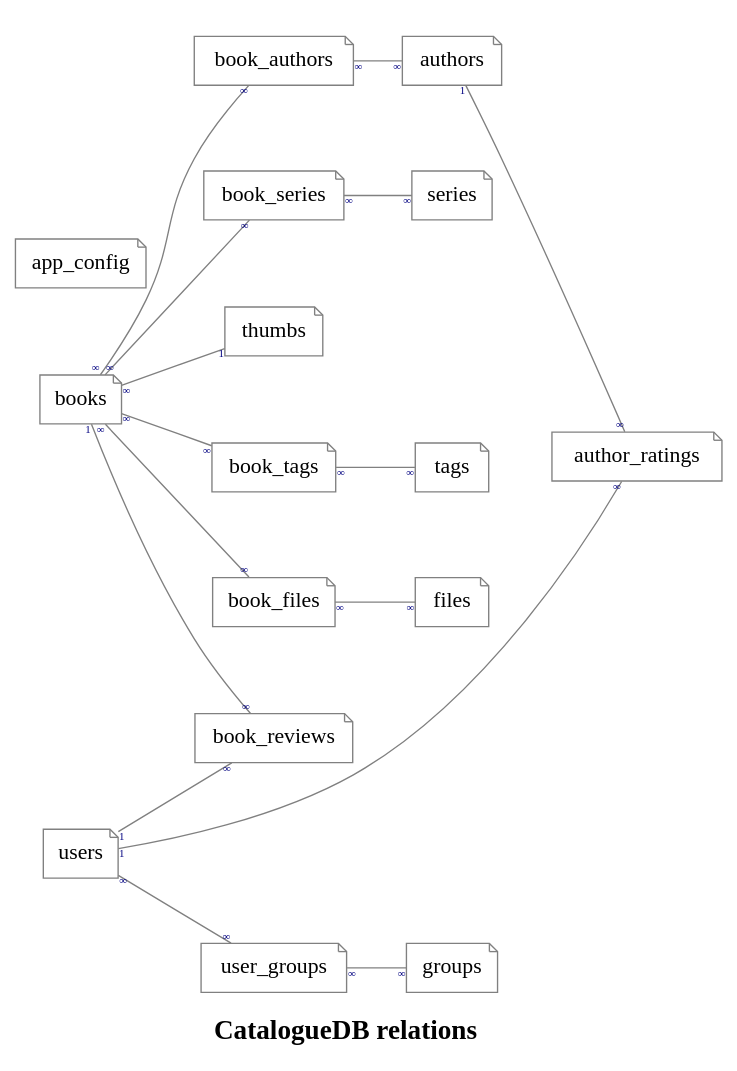
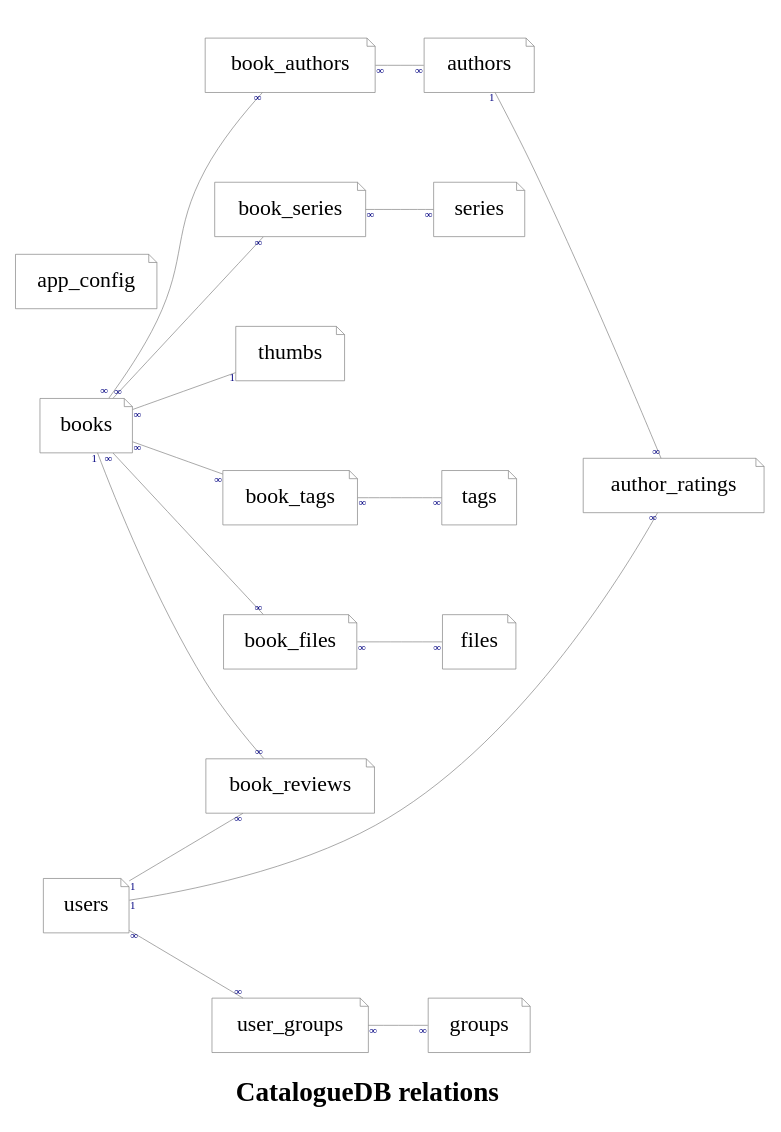
Before and after one commit to sio/HomeLibraryCatalog: the diagram in docs/db_tables.gv, drawn with Graphviz. The commit also changed 1 other file, not shown here.

Commit message:
docs: minor visual improvements to database graph

```diff
--- a/docs/db_tables.gv
+++ b/docs/db_tables.gv
@@ -1,45 +1,47 @@
 # Simplified representation of database schema
 # Rendered with Graphviz (dot -O -Tpdf)
 
 strict graph {
     label = <<b>CatalogueDB relations</b>>
     
     # Layout and style
     graph [
         ratio = 1.414  // 297/210
         rankdir = LR
         fontname = Tahoma
         fontsize = 20
     ]
     node [
         shape = note
-        margin = 0.1
+        margin = 0.15
         color = gray
         fontname = Tahoma
         fontsize = 16
         tooltip = ""
+        penwidth = 0.5
     ]
     edge [
         headlabel = "∞"
         taillabel = "∞"
         margin = 0.1
         color = gray        
         fontname = Tahoma
         fontsize = 8
         fontcolor = navy
         tooltip = ""
+        penwidth = 0.5
     ]
 
     # Nodes and edges
     books -- book_authors -- authors
     authors -- author_ratings [taillabel = 1]
     books -- book_series -- series
     books -- thumbs [headlabel = 1]
     books -- book_reviews [taillabel = 1]
     users -- user_groups -- groups
     users -- book_reviews [taillabel = 1]
     users -- author_ratings [taillabel = 1]
     books -- book_tags -- tags
     app_config
     books -- book_files -- files
 }
```
